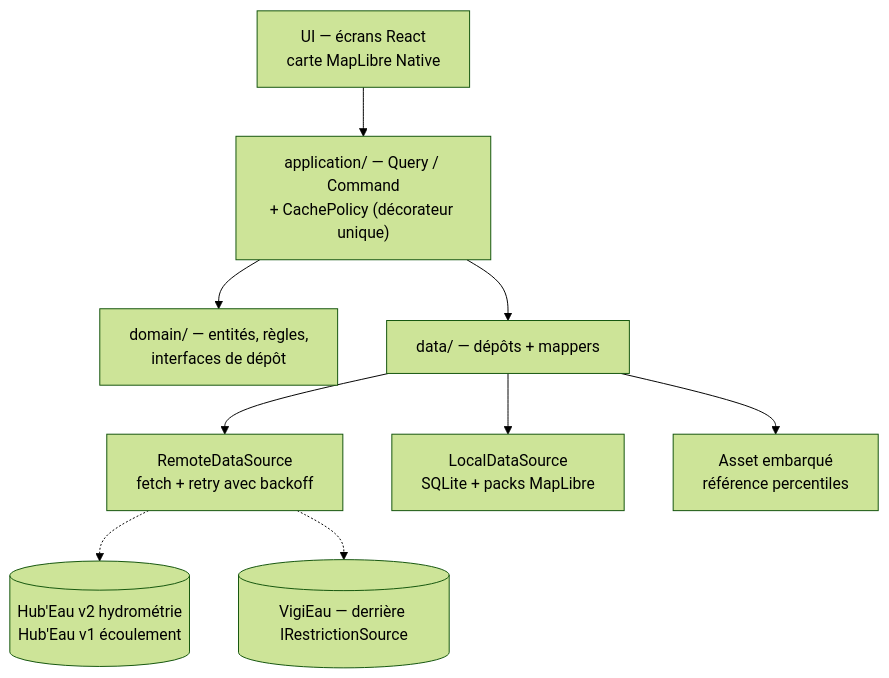
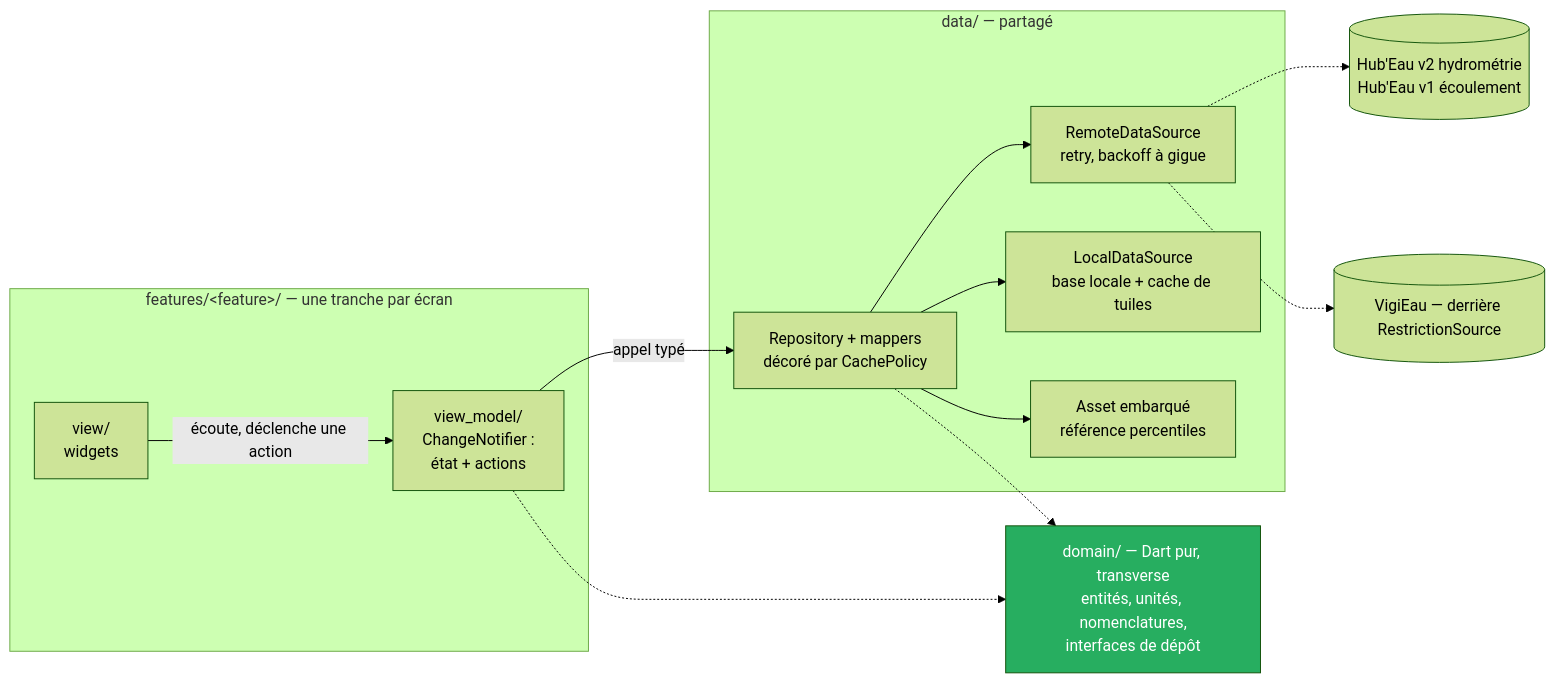
One commit to HubEauContrib/MartinPecheur changed the diagram in docs/03-conception.md. Above: the diagram before and after it, drawn with Mermaid (forest theme). The commit also changed other lines of this file and 194 other files, not shown here.

First line of the commit message:
T1 : architecture MVVM (ADR-014), données, vues et avertissements (lots 1 à 4) (#12)

````diff
--- a/docs/03-conception.md
+++ b/docs/03-conception.md
@@ -44,18 +50,25 @@
 ```mermaid
-graph TD
-  UI["UI — écrans React<br/>carte MapLibre Native"]
-  MED["application/ — Query / Command<br/>+ CachePolicy (décorateur unique)"]
-  DOM["domain/ — entités, règles,<br/>interfaces de dépôt"]
-  REPO["data/ — dépôts + mappers"]
-  REM["RemoteDataSource<br/>fetch + retry avec backoff"]
-  LOC["LocalDataSource<br/>SQLite + packs MapLibre"]
-  ASSET["Asset embarqué<br/>référence percentiles"]
+flowchart LR
+  subgraph FEAT["features/&lt;feature&gt;/ — une tranche par écran"]
+    V["view/<br/>widgets"]
+    VM["view_model/<br/>ChangeNotifier :<br/>état + actions"]
+  end
+  subgraph DATA["data/ — partagé"]
+    REPO["Repository + mappers<br/>décoré par CachePolicy"]
+    REM["RemoteDataSource<br/>retry, backoff à gigue"]
+    LOC["LocalDataSource<br/>base locale + cache de tuiles"]
+    ASSET["Asset embarqué<br/>référence percentiles"]
+  end
+  DOM["domain/ — Dart pur, transverse<br/>entités, unités, nomenclatures,<br/>interfaces de dépôt"]
 
-  UI --> MED --> DOM
-  MED --> REPO
+  V -->|écoute, déclenche une action| VM
+  VM -->|appel typé| REPO
   REPO --> REM
   REPO --> LOC
   REPO --> ASSET
   REM -.-> HE[("Hub'Eau v2 hydrométrie<br/>Hub'Eau v1 écoulement")]
-  REM -.-> VE[("VigiEau — derrière IRestrictionSource")]
+  REM -.-> VE[("VigiEau — derrière RestrictionSource")]
+  VM -.-> DOM
+  REPO -.-> DOM
+  style DOM fill:#27ae60,color:#fff
 ```
````
